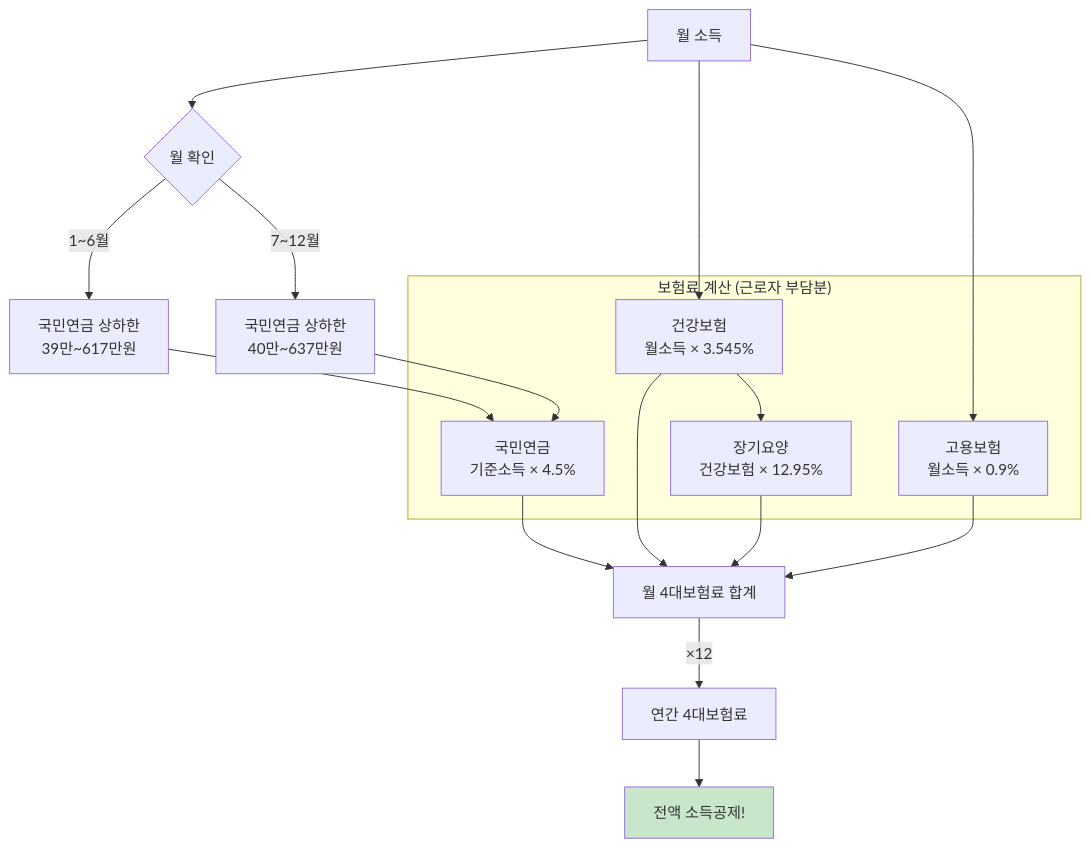
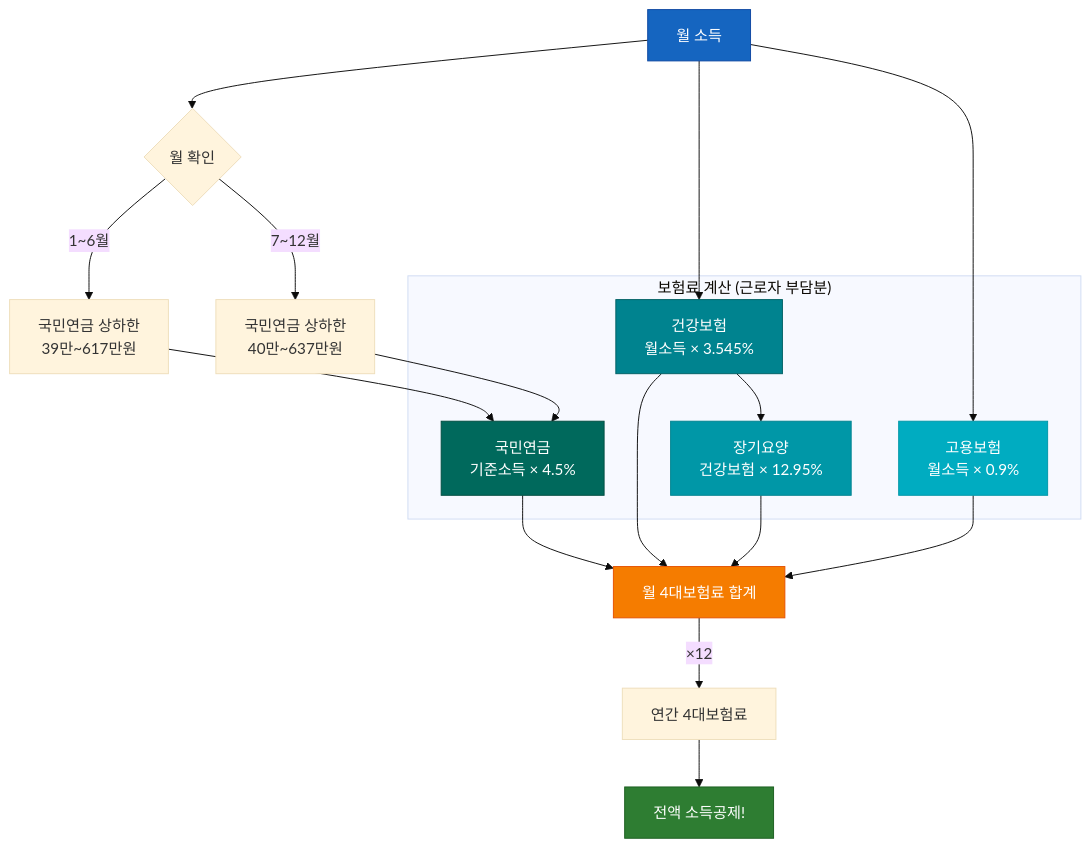
Before and after one commit to Z-3000/fina_r: diagram 15 of 18 in docs/세금로직_플로우차트.md, drawn with Mermaid. The commit also changed other lines of this file, not shown here.

````diff
--- a/docs/세금로직_플로우차트.md
+++ b/docs/세금로직_플로우차트.md
@@ -482,24 +545,31 @@
 ```mermaid
+%%{init: {'theme': 'base'}}%%
 flowchart TD
     A[월 소득] --> B{월 확인}
 
     B -->|"1~6월"| C1["국민연금 상하한<br/>39만~617만원"]
     B -->|"7~12월"| C2["국민연금 상하한<br/>40만~637만원"]
 
     subgraph 보험료계산["보험료 계산 (근로자 부담분)"]
         D1["국민연금<br/>기준소득 × 4.5%"]
         D2["건강보험<br/>월소득 × 3.545%"]
         D3["장기요양<br/>건강보험 × 12.95%"]
         D4["고용보험<br/>월소득 × 0.9%"]
     end
 
     C1 & C2 --> D1
     A --> D2 --> D3
     A --> D4
 
     D1 & D2 & D3 & D4 --> E[월 4대보험료 합계]
     E -->|"×12"| F[연간 4대보험료]
     F --> G["전액 소득공제!"]
 
-    style G fill:#c8e6c9
+    style A fill:#1565c0,stroke:#0d47a1,color:#fff
+    style G fill:#2e7d32,stroke:#1b5e20,color:#fff
+    style E fill:#f57c00,stroke:#e65100,color:#fff
+    style D1 fill:#00695c,stroke:#004d40,color:#fff
+    style D2 fill:#00838f,stroke:#006064,color:#fff
+    style D3 fill:#0097a7,stroke:#00838f,color:#fff
+    style D4 fill:#00acc1,stroke:#0097a7,color:#fff
 ```
````
